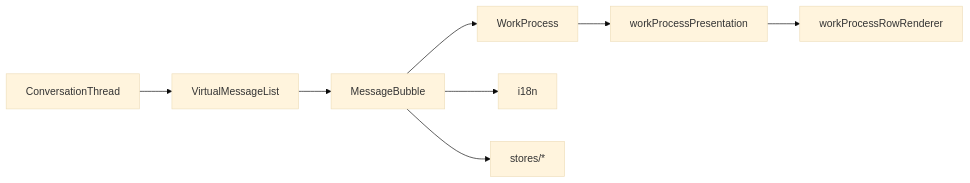
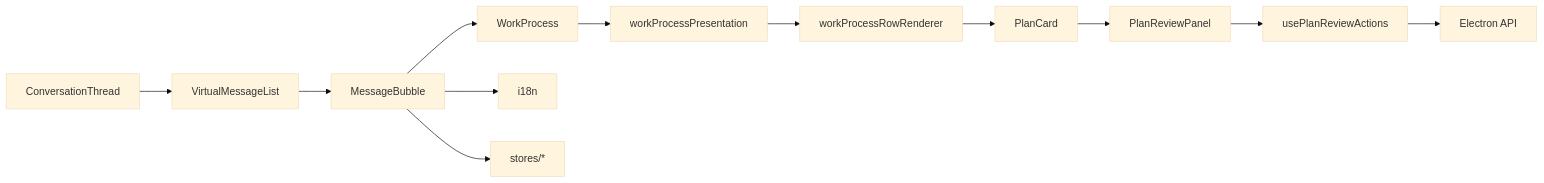
Before and after one commit to haolange/RDC-Agent: the seventh of 7 diagrams in .qoder/repowiki/zh/content/用户界面/调试视图.md, drawn with Mermaid (base theme). The commit also changed other lines of this file and 208 other files, not shown here.

````diff
--- a/.qoder/repowiki/zh/content/用户界面/调试视图.md
+++ b/.qoder/repowiki/zh/content/用户界面/调试视图.md
@@ -271,10 +338,14 @@
 ```mermaid
 graph LR
 CT["ConversationThread"] --> VM["VirtualMessageList"]
 VM --> MB["MessageBubble"]
 MB --> WP["WorkProcess"]
 WP --> PP["workProcessPresentation"]
 PP --> WTR["workProcessRowRenderer"]
+WTR --> PC["PlanCard"]
+PC --> PRP["PlanReviewPanel"]
+PRP --> UPA["usePlanReviewActions"]
+UPA --> API["Electron API"]
 MB --> I18N["i18n"]
 MB --> Stores["stores/*"]
 ```
````
